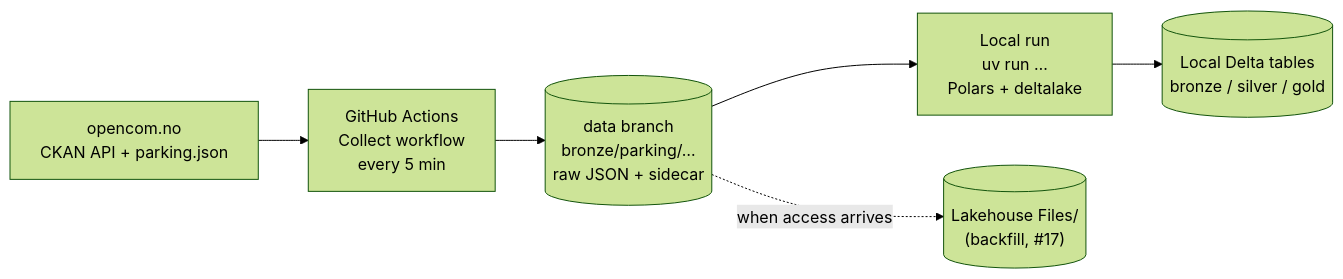
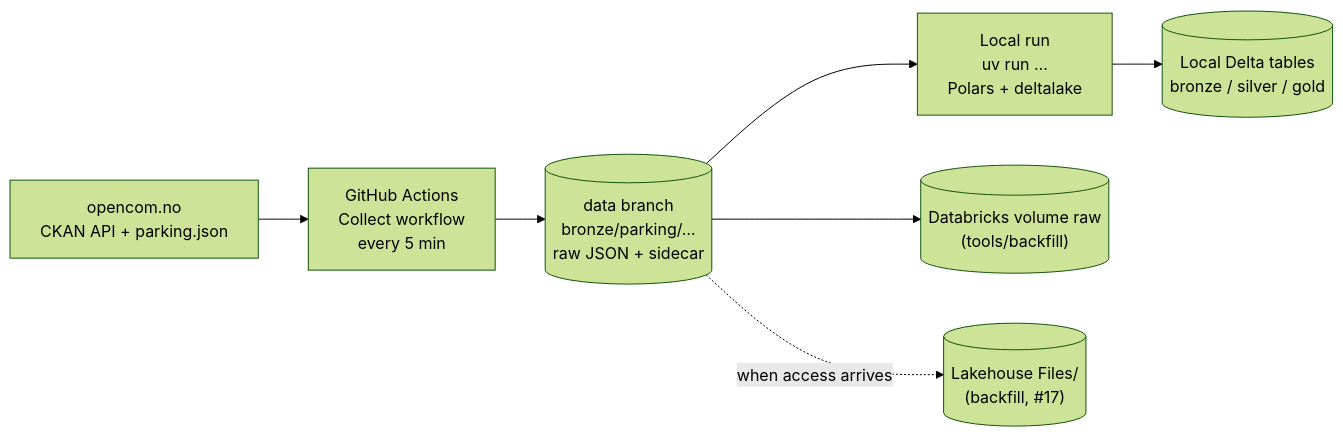
The third of 4 diagrams in docs/architecture.md (VirtueMe/stavangerparking), drawn with Mermaid (forest theme) before and after one commit. The commit also changed other lines of this file and 5 other files, not shown here.

First line of the commit message:
docs: README with the architecture and known weaknesses (#88)

````diff
--- a/docs/architecture.md
+++ b/docs/architecture.md
@@ -61,13 +87,15 @@
 ```mermaid
 flowchart LR
     src["opencom.no<br/>CKAN API + parking.json"]
     gha["GitHub Actions<br/>Collect workflow<br/>every 5 min"]
     data[("data branch<br/>bronze/parking/…<br/>raw JSON + sidecar")]
     local["Local run<br/>uv run …<br/>Polars + deltalake"]
     delta[("Local Delta tables<br/>bronze / silver / gold")]
+    vol[("Databricks volume raw<br/>(tools/backfill)")]
     lh[("Lakehouse Files/<br/>(backfill, #17)")]
 
     src --> gha --> data
     data --> local --> delta
+    data --> vol
     data -. "when access arrives" .-> lh
 ```
````
